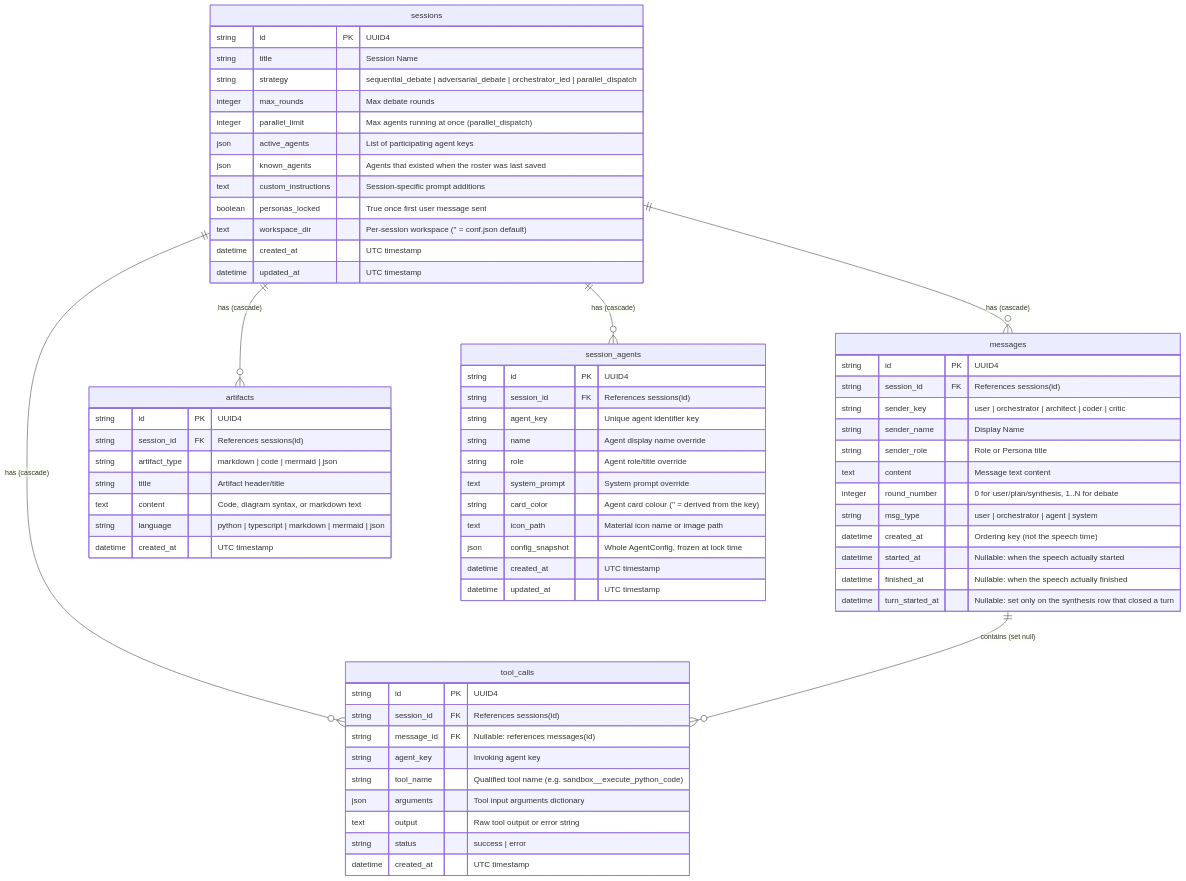
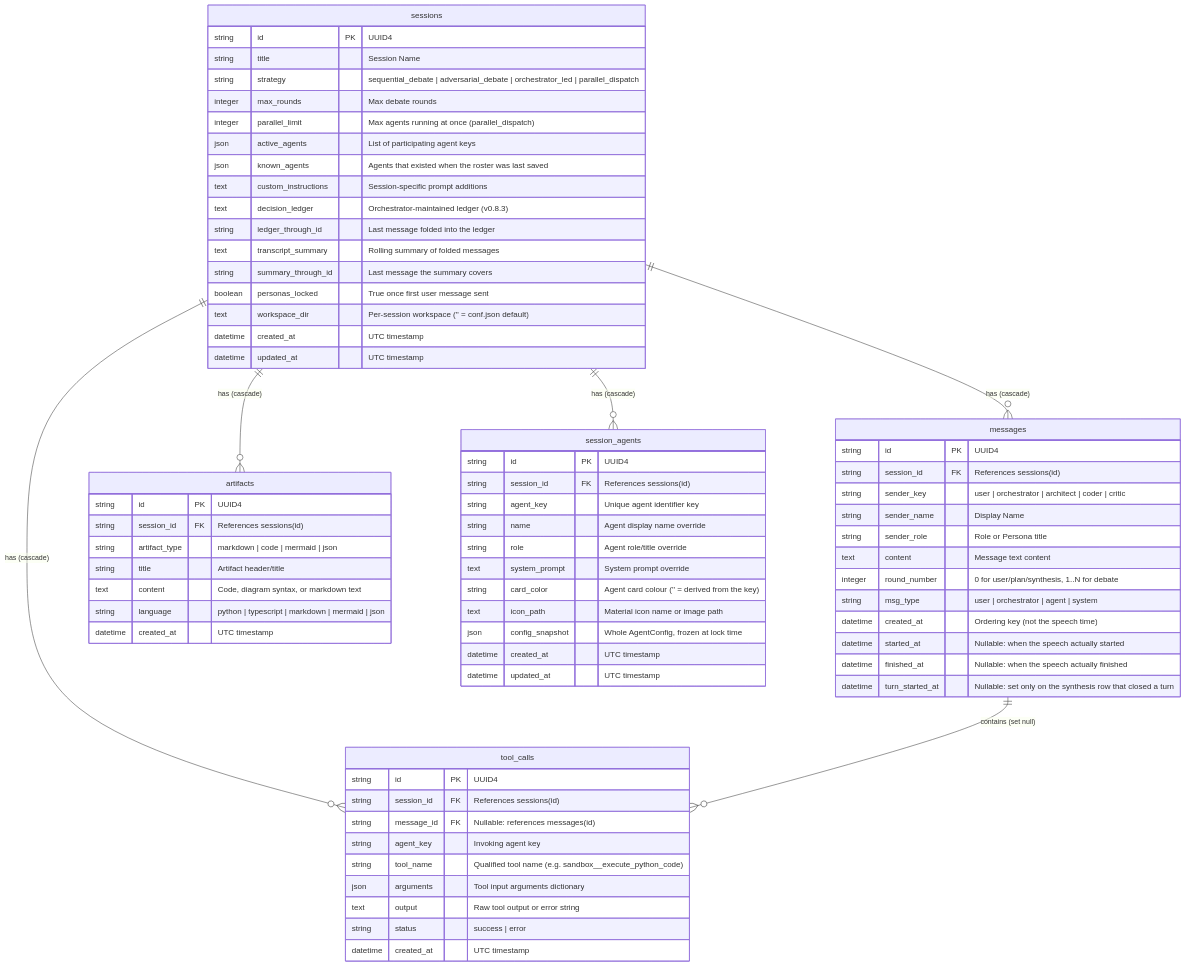
The diagram in wiki/architecture/database-schema.md (HaJaehee/MultiAgentDebateAndOrchestrationPlatform), drawn with Mermaid before and after one commit. The commit also changed other lines of this file and 30 other files, not shown here.

````diff
--- a/wiki/architecture/database-schema.md
+++ b/wiki/architecture/database-schema.md
@@ -9,74 +9,78 @@
 ```mermaid
 erDiagram
     sessions ||--o{ messages : "has (cascade)"
     sessions ||--o{ tool_calls : "has (cascade)"
     sessions ||--o{ artifacts : "has (cascade)"
     sessions ||--o{ session_agents : "has (cascade)"
     messages ||--o{ tool_calls : "contains (set null)"
 
     sessions {
         string id PK "UUID4"
         string title "Session Name"
         string strategy "sequential_debate | adversarial_debate | orchestrator_led | parallel_dispatch"
         integer max_rounds "Max debate rounds"
         integer parallel_limit "Max agents running at once (parallel_dispatch)"
         json active_agents "List of participating agent keys"
         json known_agents "Agents that existed when the roster was last saved"
         text custom_instructions "Session-specific prompt additions"
+        text decision_ledger "Orchestrator-maintained ledger (v0.8.3)"
+        string ledger_through_id "Last message folded into the ledger"
+        text transcript_summary "Rolling summary of folded messages"
+        string summary_through_id "Last message the summary covers"
         boolean personas_locked "True once first user message sent"
         text workspace_dir "Per-session workspace ('' = conf.json default)"
         datetime created_at "UTC timestamp"
         datetime updated_at "UTC timestamp"
     }
 
     messages {
         string id PK "UUID4"
         string session_id FK "References sessions(id)"
         string sender_key "user | orchestrator | architect | coder | critic"
         string sender_name "Display Name"
         string sender_role "Role or Persona title"
         text content "Message text content"
         integer round_number "0 for user/plan/synthesis, 1..N for debate"
         string msg_type "user | orchestrator | agent | system"
         datetime created_at "Ordering key (not the speech time)"
         datetime started_at "Nullable: when the speech actually started"
         datetime finished_at "Nullable: when the speech actually finished"
         datetime turn_started_at "Nullable: set only on the synthesis row that closed a turn"
     }
 
     tool_calls {
         string id PK "UUID4"
         string session_id FK "References sessions(id)"
         string message_id FK "Nullable: references messages(id)"
         string agent_key "Invoking agent key"
         string tool_name "Qualified tool name (e.g. sandbox__execute_python_code)"
         json arguments "Tool input arguments dictionary"
         text output "Raw tool output or error string"
         string status "success | error"
         datetime created_at "UTC timestamp"
     }
 
     artifacts {
         string id PK "UUID4"
         string session_id FK "References sessions(id)"
         string artifact_type "markdown | code | mermaid | json"
         string title "Artifact header/title"
         text content "Code, diagram syntax, or markdown text"
         string language "python | typescript | markdown | mermaid | json"
         datetime created_at "UTC timestamp"
     }
 
     session_agents {
         string id PK "UUID4"
         string session_id FK "References sessions(id)"
         string agent_key "Unique agent identifier key"
         string name "Agent display name override"
         string role "Agent role/title override"
         text system_prompt "System prompt override"
         string card_color "Agent card colour ('' = derived from the key)"
         text icon_path "Material icon name or image path"
         json config_snapshot "Whole AgentConfig, frozen at lock time"
         datetime created_at "UTC timestamp"
         datetime updated_at "UTC timestamp"
     }
 ```
````
